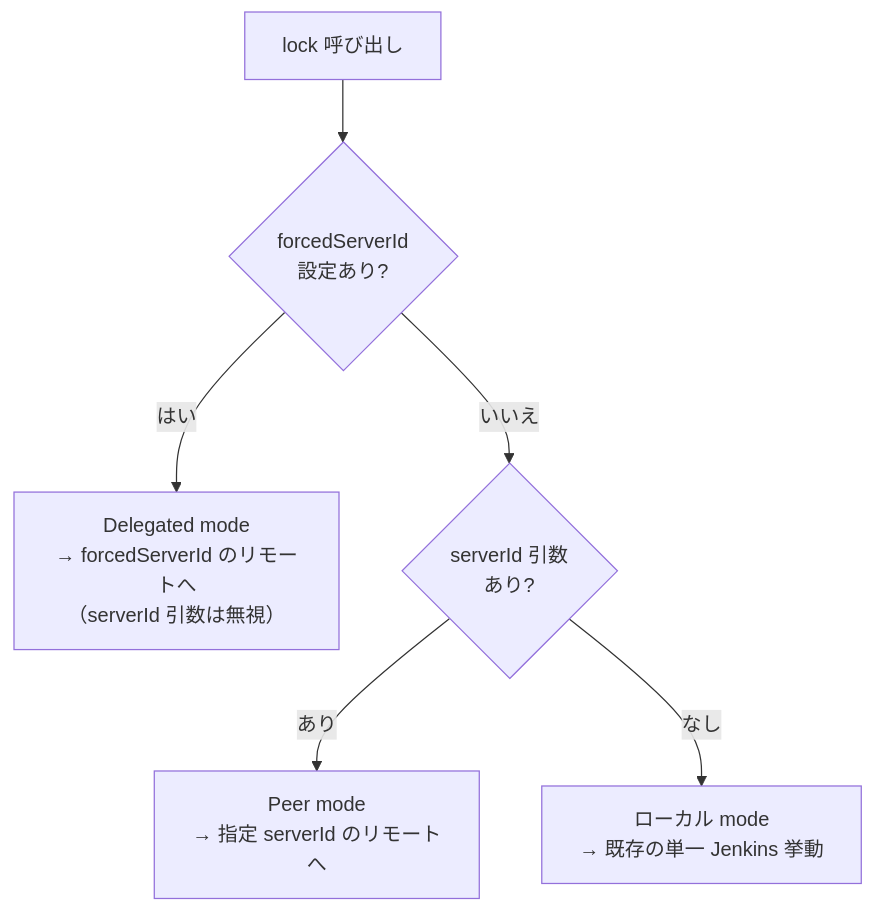
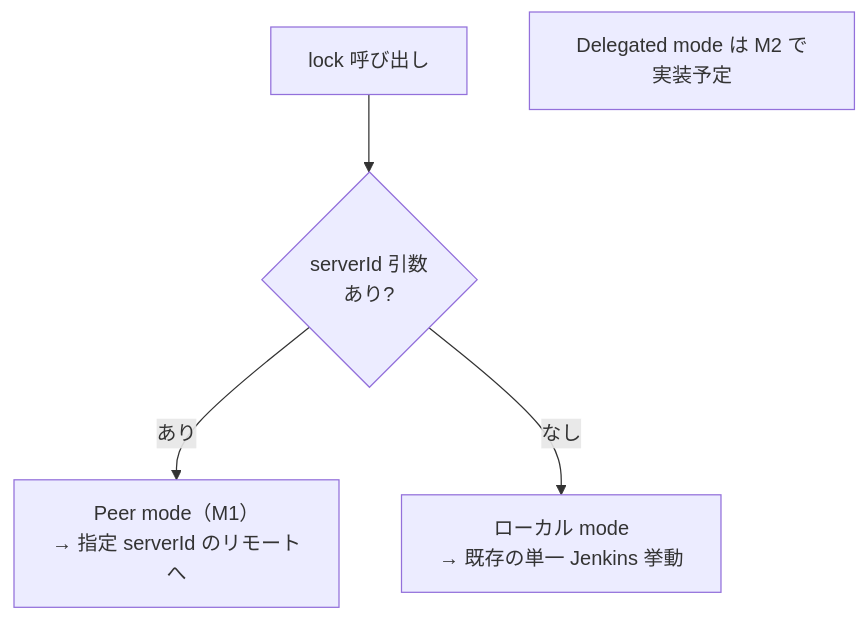
Before and after one commit to kohtaro-satoh/lockable-resources-remote-notes: the first of 5 diagrams in dev/docs/LRR_DESIGN_P1_M1-j.md, drawn with Mermaid. The commit also changed other lines of this file and 1 other file, not shown here.

Commit message:
docs: clarify M1 scope (peer mode only, delegated/GET /resources in M2/M3) and update HEAD hash to 2e7eee0

````diff
--- a/dev/docs/LRR_DESIGN_P1_M1-j.md
+++ b/dev/docs/LRR_DESIGN_P1_M1-j.md
@@ -51,8 +56,8 @@
 ```mermaid
 flowchart TD
-    A[lock 呼び出し] --> B{forcedServerId\n設定あり?}
-    B -- はい --> C["Delegated mode\n→ forcedServerId のリモートへ\n（serverId 引数は無視）"]
-    B -- いいえ --> D{serverId 引数\nあり?}
-    D -- あり --> E["Peer mode\n→ 指定 serverId のリモートへ"]
+    A[lock 呼び出し] --> D{serverId 引数\nあり?}
+    D -- あり --> E["Peer mode（M1）\n→ 指定 serverId のリモートへ"]
     D -- なし --> F["ローカル mode\n→ 既存の単一 Jenkins 挙動"]
+
+    note1["Delegated mode は M2 で実装予定"]
 ```
````
